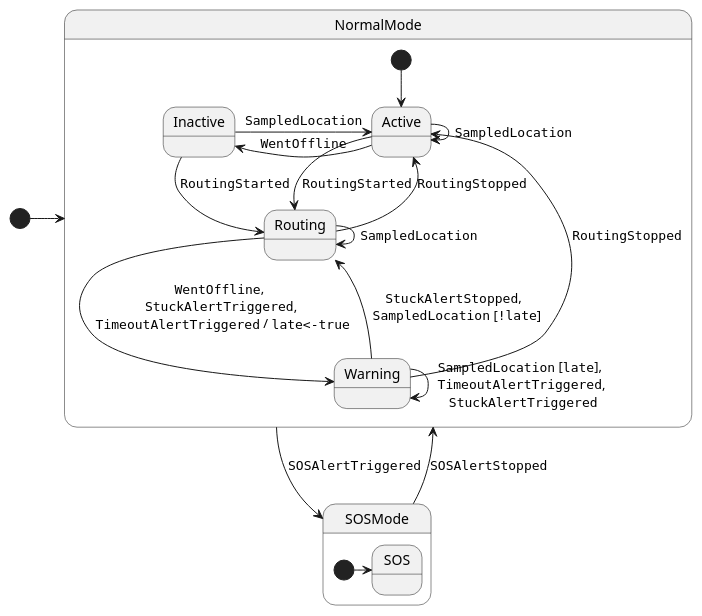
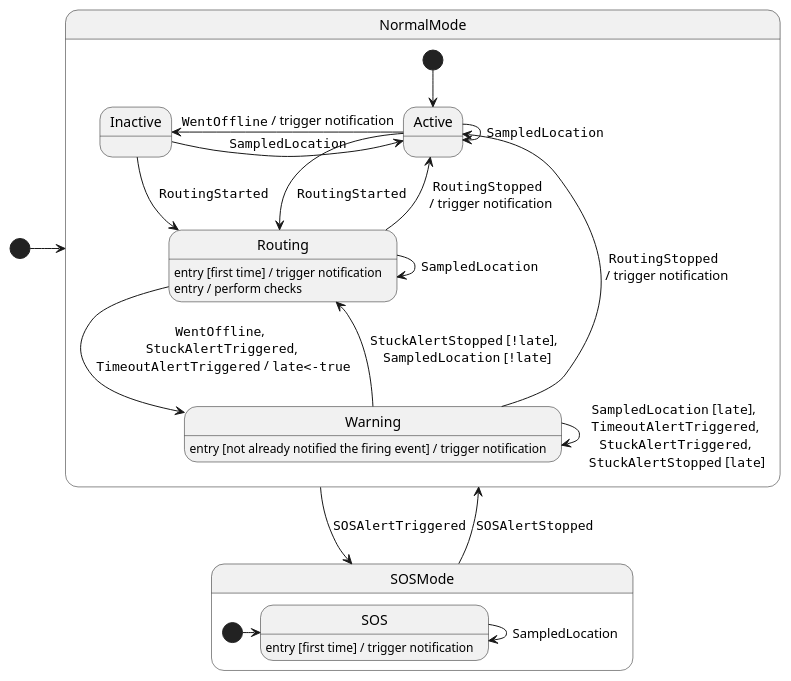
The third of 3 diagrams in content/docs/4-detailed-design/1-location-service.md (position-pal/Documentation), drawn with PlantUML before and after one commit. The commit also changed other lines of this file and 5 other files, not shown here.

````diff
--- a/content/docs/4-detailed-design/1-location-service.md
+++ b/content/docs/4-detailed-design/1-location-service.md
@@ -288,32 +233,37 @@
 ```plantuml
 @startuml userstate-behavior
 
 [*] -> NormalMode
 
 state NormalMode {
     [*] --> Active
     Active --> Active : ""SampledLocation""
 
-    Active -left-> Inactive : ""WentOffline""
+    Active -left-> Inactive : ""WentOffline"" / trigger notification
     Inactive -right-> Active : ""SampledLocation""
 
+    Routing : entry [first time] / trigger notification
+    Routing : entry / perform checks 
     Active -down-> Routing : ""RoutingStarted""
-    Routing -up-> Active : ""RoutingStopped""
+    Routing -up-> Active : ""RoutingStopped"" \n / trigger notification
     Inactive --> Routing : ""RoutingStarted""
     Routing -> Routing : ""SampledLocation""
 
+    Warning : entry [not already notified the firing event] / trigger notification
     Routing --> Warning : ""WentOffline"", \n ""StuckAlertTriggered"", \n ""TimeoutAlertTriggered"" / ""late<-true""
-    Warning -up-> Routing : ""StuckAlertStopped"", \n ""SampledLocation"" [""!late""]
-    Warning -up-> Active : ""RoutingStopped""
-    Warning -> Warning : ""SampledLocation"" [""late""], \n ""TimeoutAlertTriggered"", \n ""StuckAlertTriggered""
+    Warning -up-> Routing : ""StuckAlertStopped"" [""!late""], \n ""SampledLocation"" [""!late""]
+    Warning -up-> Active : ""RoutingStopped"" \n / trigger notification 
+    Warning -> Warning : ""SampledLocation"" [""late""], \n ""TimeoutAlertTriggered"", \n ""StuckAlertTriggered"", \n ""StuckAlertStopped"" [""late""]
 }
 
 state SOSMode {
     [*] -> SOS
+    SOS : entry [first time] / trigger notification
+    SOS --> SOS : SampledLocation
 }
 
 NormalMode --> SOSMode : ""SOSAlertTriggered""
 SOSMode --> NormalMode : ""SOSAlertStopped""
 
 @enduml
 ```
````
